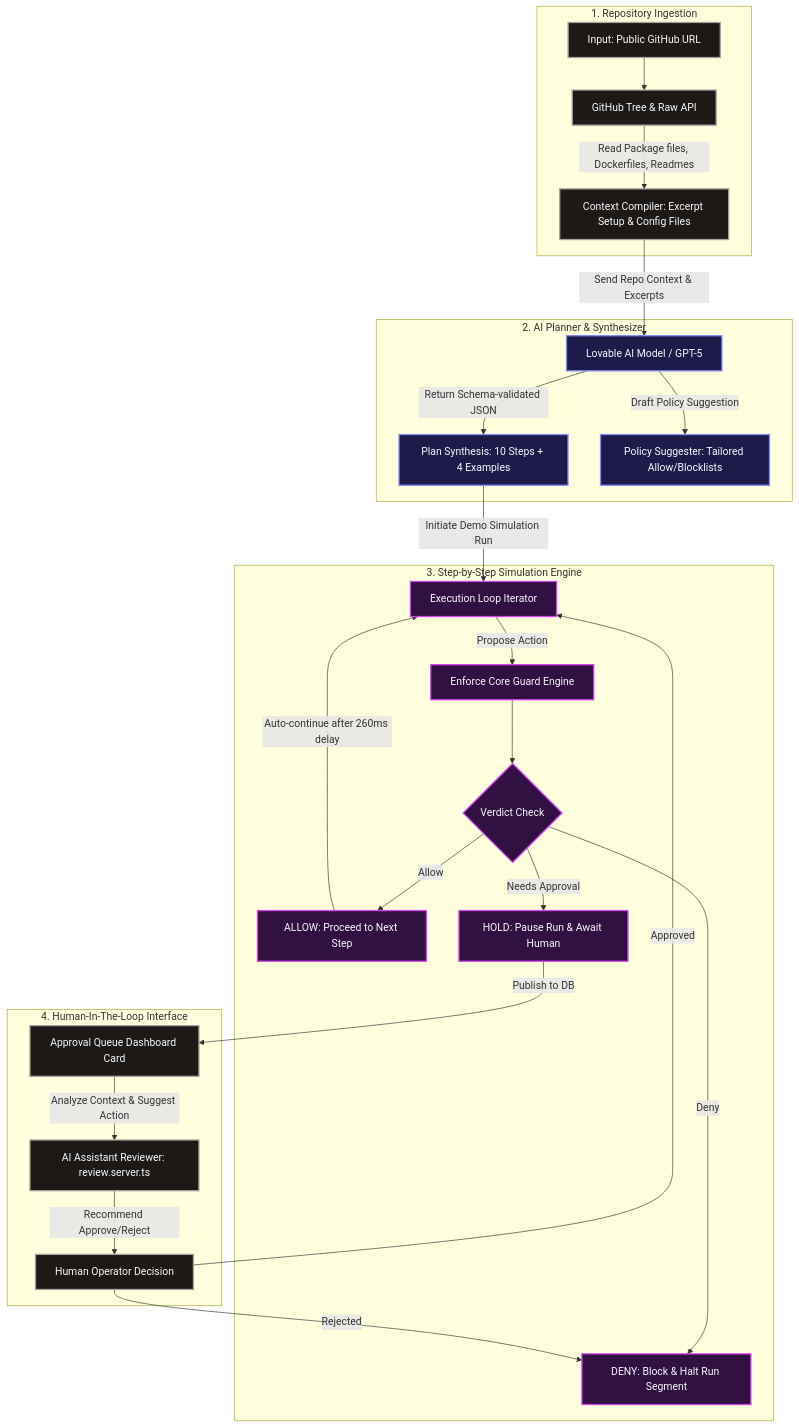
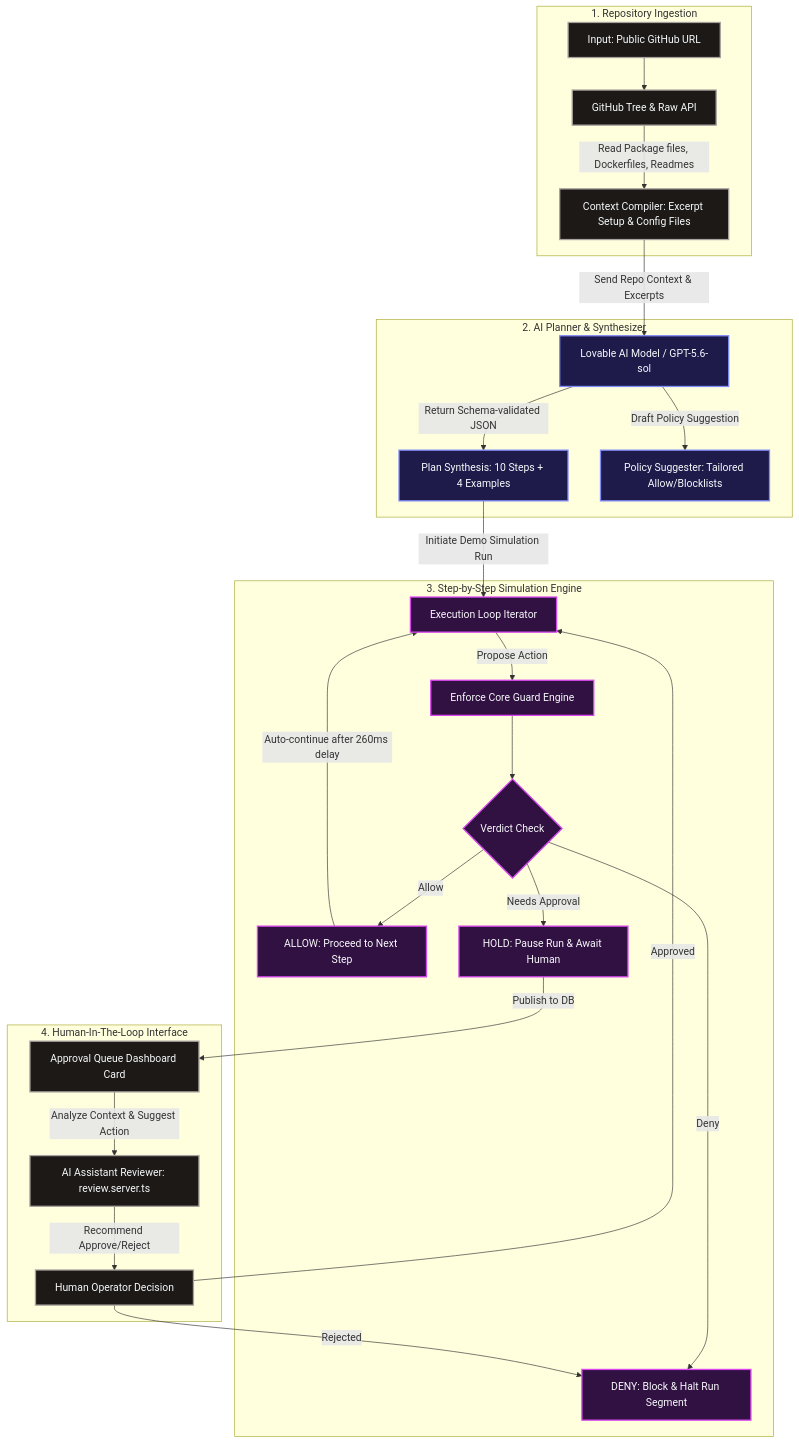
One commit to ritvikindupuri/Containment changed the second of 2 diagrams in TECHNICAL_DOCUMENTATION.md. Above: the diagram before and after it, drawn with Mermaid. The commit also changed 1 other file, not shown here.

Commit message:
Update architecture diagrams for 100% precision and GPT-5.6-sol designation

````diff
--- a/TECHNICAL_DOCUMENTATION.md
+++ b/TECHNICAL_DOCUMENTATION.md
@@ -141,58 +141,58 @@
 ```mermaid
 graph TD
     %% Styling
     classDef core fill:#1e1b4b,stroke:#818cf8,stroke-width:2px,color:#f8fafc;
     classDef step fill:#311042,stroke:#d946ef,stroke-width:2px,color:#f8fafc;
     classDef flow fill:#1c1917,stroke:#a8a29e,stroke-width:2px,color:#f8fafc;
 
     subgraph Repo Ingestion [1. Repository Ingestion]
         URL[Input: Public GitHub URL]:::flow
         GH_API[GitHub Tree & Raw API]:::flow
         CONTEXT[Context Compiler: Excerpt Setup & Config Files]:::flow
     end
 
     subgraph AI Planner [2. AI Planner & Synthesizer]
-        MODEL[Lovable AI Model / GPT-5]:::core
+        MODEL[Lovable AI Model / GPT-5.6-sol]:::core
         PLAN[Plan Synthesis: 10 Steps + 4 Examples]:::core
         SUGGESTION[Policy Suggester: Tailored Allow/Blocklists]:::core
     end
 
     subgraph Live Run [3. Step-by-Step Simulation Engine]
         EXEC_LOOP[Execution Loop Iterator]:::step
         CALL_GUARD[Enforce Core Guard Engine]:::step
         DECIDE{Verdict Check}:::step
         VAL_ALLOW[ALLOW: Proceed to Next Step]:::step
         VAL_HOLD[HOLD: Pause Run & Await Human]:::step
         VAL_DENY[DENY: Block & Halt Run Segment]:::step
     end
 
     subgraph User Approval [4. Human-In-The-Loop Interface]
         QA[Approval Queue Dashboard Card]:::flow
         COGNITIVE[AI Assistant Reviewer: review.server.ts]:::flow
         OPERATOR[Human Operator Decision]:::flow
     end
 
     %% Flow lines
     URL --> GH_API
     GH_API --> |Read Package files, Dockerfiles, Readmes| CONTEXT
     CONTEXT --> |Send Repo Context & Excerpts| MODEL
     MODEL --> |Return Schema-validated JSON| PLAN
     MODEL --> |Draft Policy Suggestion| SUGGESTION
 
     %% Loop Iterations
     PLAN --> |Initiate Demo Simulation Run| EXEC_LOOP
     EXEC_LOOP --> |Propose Action| CALL_GUARD
     CALL_GUARD --> DECIDE
 
     DECIDE --> |Allow| VAL_ALLOW
     DECIDE --> |Needs Approval| VAL_HOLD
     DECIDE --> |Deny| VAL_DENY
 
     VAL_ALLOW --> |Auto-continue after 260ms delay| EXEC_LOOP
     VAL_HOLD --> |Publish to DB| QA
     QA --> |Analyze Context & Suggest Action| COGNITIVE
     COGNITIVE --> |Recommend Approve/Reject| OPERATOR
     OPERATOR --> |Approved| EXEC_LOOP
     OPERATOR --> |Rejected| VAL_DENY
 
 ```
````
